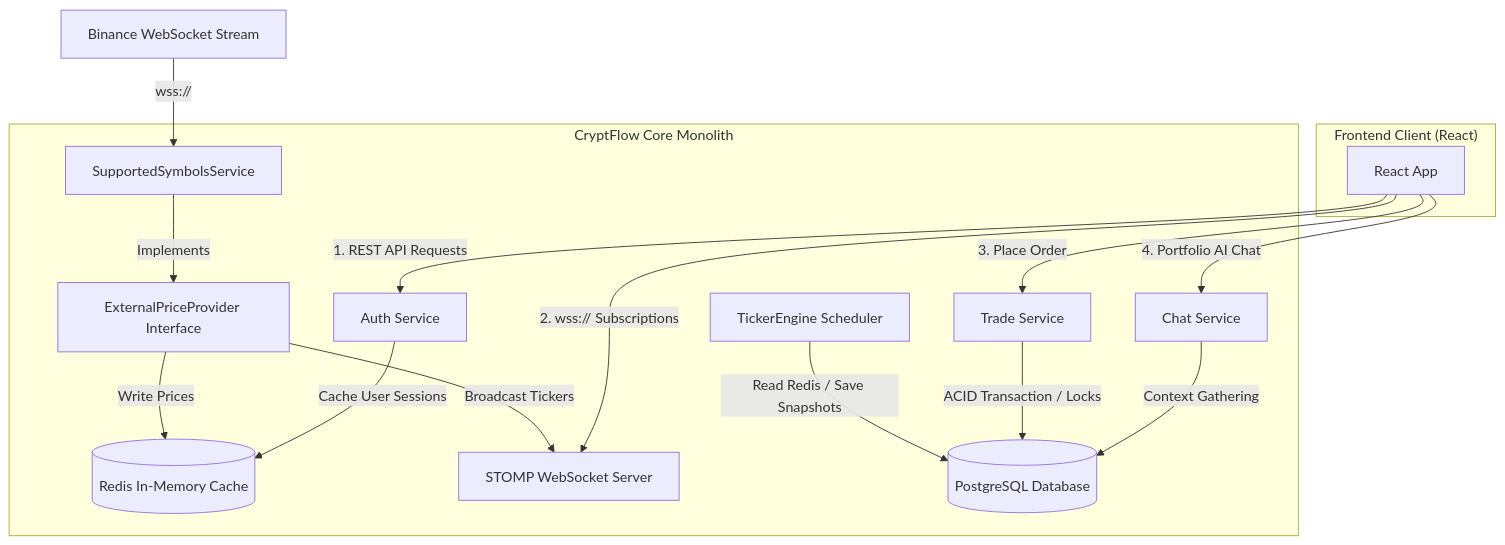
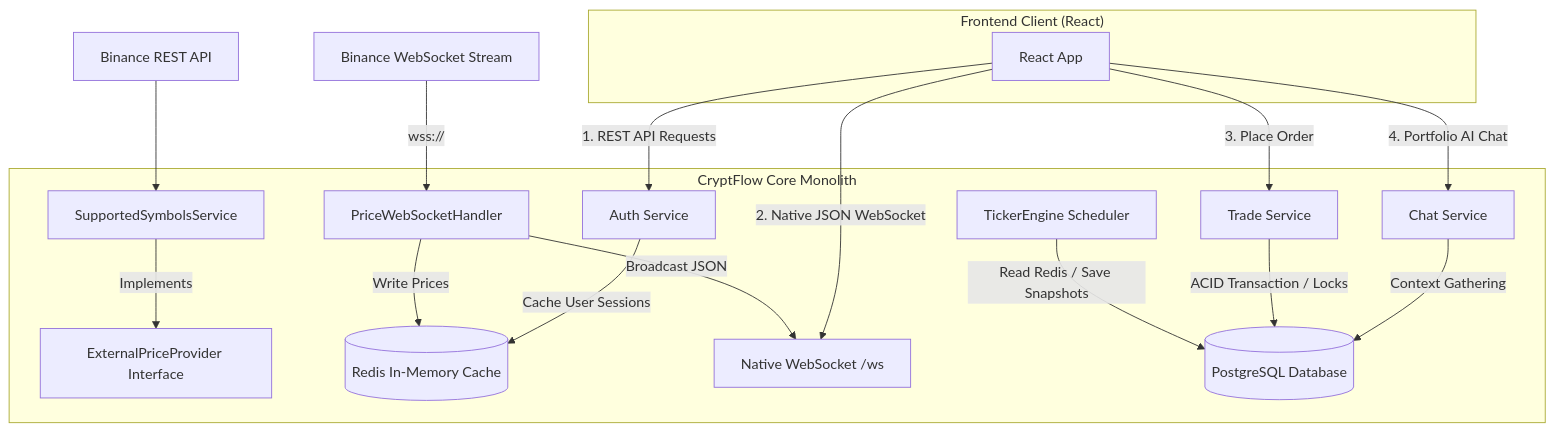
The first of 5 diagrams in technical_architecture.md (dkivrak/i2i-Systems-CryptFlow), drawn with Mermaid before and after one commit. The commit also changed other lines of this file and 42 other files, not shown here.

````diff
--- a/technical_architecture.md
+++ b/technical_architecture.md
@@ -11,33 +11,34 @@
 ```mermaid
 graph TD
     %% Sources
-    Binance[Binance WebSocket Stream] -- wss:// --> Ingestion[SupportedSymbolsService]
+    BinanceREST[Binance REST API] --> Symbols[SupportedSymbolsService]
+    BinanceWS[Binance WebSocket Stream] -- wss:// --> WSHandler[PriceWebSocketHandler]
     
     %% Backend Modules
     subgraph "CryptFlow Core Monolith"
-        Ingestion -- Implements --> Provider[ExternalPriceProvider Interface]
-        Provider -- Write Prices --> Redis[(Redis In-Memory Cache)]
-        Provider -- Broadcast Tickers --> WS[STOMP WebSocket Server]
+        Symbols -- Implements --> Provider[ExternalPriceProvider Interface]
+        WSHandler -- Write Prices --> Redis[(Redis In-Memory Cache)]
+        WSHandler -- Broadcast JSON --> WS[Native WebSocket /ws]
         
         %% Database Sync
         Engine[TickerEngine Scheduler] -- Read Redis / Save Snapshots --> PostgreSQL[(PostgreSQL Database)]
         
         %% Business Modules
         Auth[Auth Service]
         Trade[Trade Service]
         Chat[Chat Service]
     end
 
     %% Client Layer
     subgraph "Frontend Client (React)"
         UI[React App] -- 1. REST API Requests --> Auth
-        UI -- 2. wss:// Subscriptions --> WS
+        UI -- 2. Native JSON WebSocket --> WS
         UI -- 3. Place Order --> Trade
         UI -- 4. Portfolio AI Chat --> Chat
     end
 
     %% Storage Integration
     Trade -- ACID Transaction / Locks --> PostgreSQL
     Auth -- Cache User Sessions --> Redis
     Chat -- Context Gathering --> PostgreSQL
 ```
````
